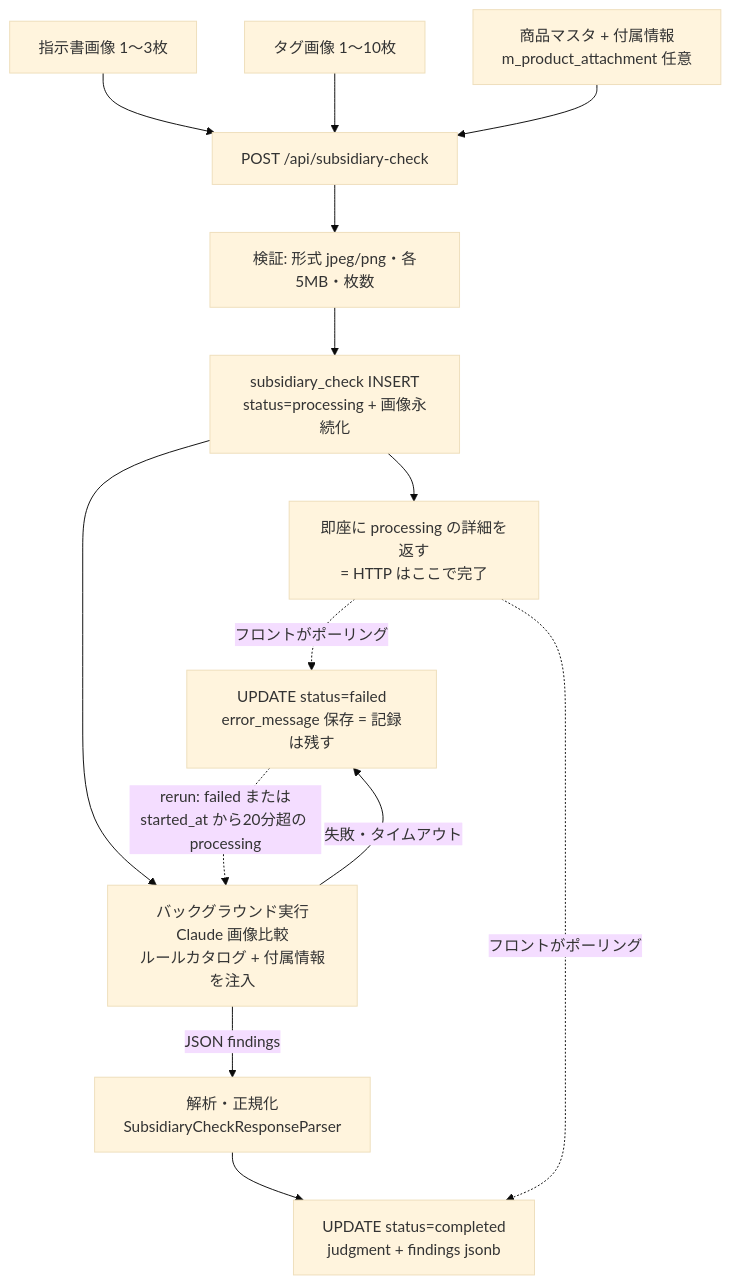
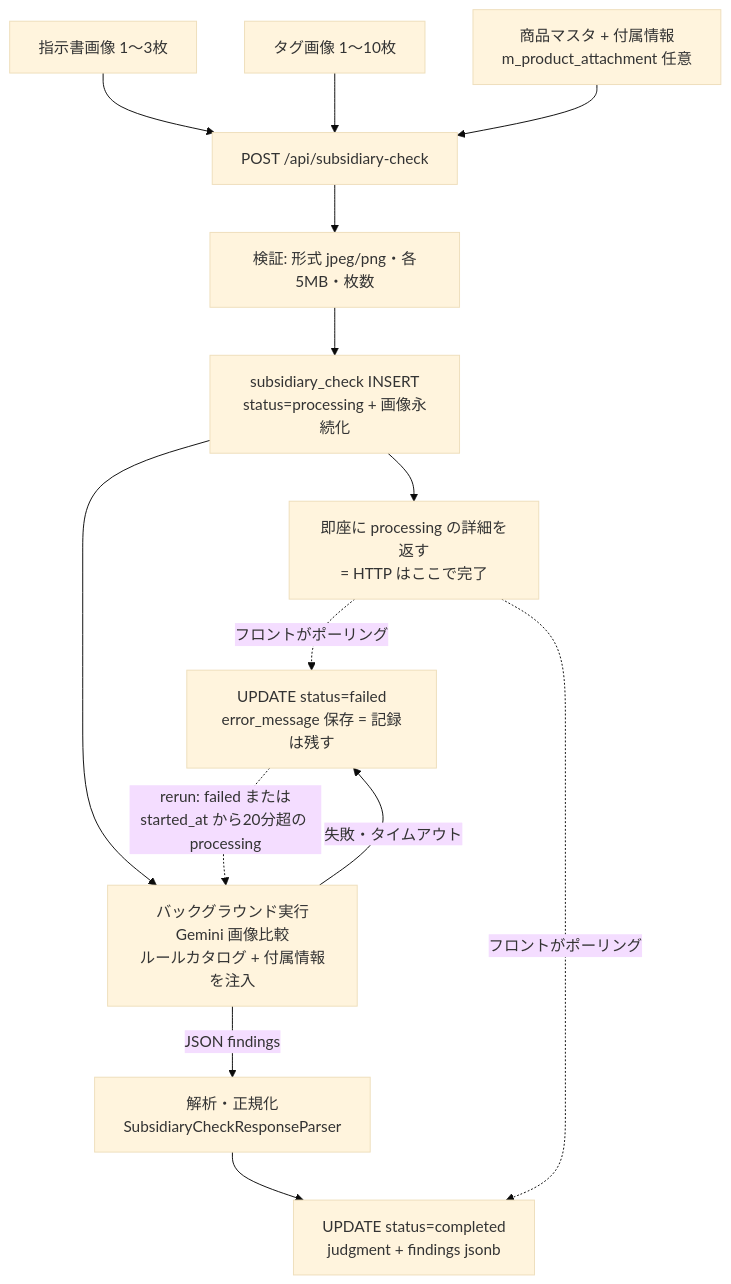
One commit to TSUNAGUBA/undeux-sales-suite changed the fourth of 4 diagrams in docs/design.md. Above: the diagram before and after it, drawn with Mermaid (base theme). The commit also changed other lines of this file and 28 other files, not shown here.

First line of the commit message:
feat: AI基盤を Anthropic Claude から Google Vertex AI (Gemini) へ移行

````diff
--- a/docs/design.md
+++ b/docs/design.md
@@ -490,16 +492,16 @@
 ```mermaid
 flowchart TD
     A[指示書画像 1〜3枚] --> C[POST /api/subsidiary-check]
     B[タグ画像 1〜10枚] --> C
     P[商品マスタ + 付属情報<br/>m_product_attachment 任意] --> C
     C --> V[検証: 形式 jpeg/png・各5MB・枚数]
     V --> S[subsidiary_check INSERT<br/>status=processing + 画像永続化]
     S --> R[即座に processing の詳細を返す<br/>= HTTP はここで完了]
-    S --> AI[バックグラウンド実行<br/>Claude 画像比較<br/>ルールカタログ + 付属情報を注入]
+    S --> AI[バックグラウンド実行<br/>Gemini 画像比較<br/>ルールカタログ + 付属情報を注入]
     AI -->|JSON findings| PR[解析・正規化<br/>SubsidiaryCheckResponseParser]
     PR --> U[UPDATE status=completed<br/>judgment + findings jsonb]
     AI -->|失敗・タイムアウト| F[UPDATE status=failed<br/>error_message 保存 = 記録は残す]
     R -.->|フロントがポーリング| U
     R -.->|フロントがポーリング| F
     F -.->|rerun: failed または<br/>started_at から20分超の processing| AI
 ```
````
